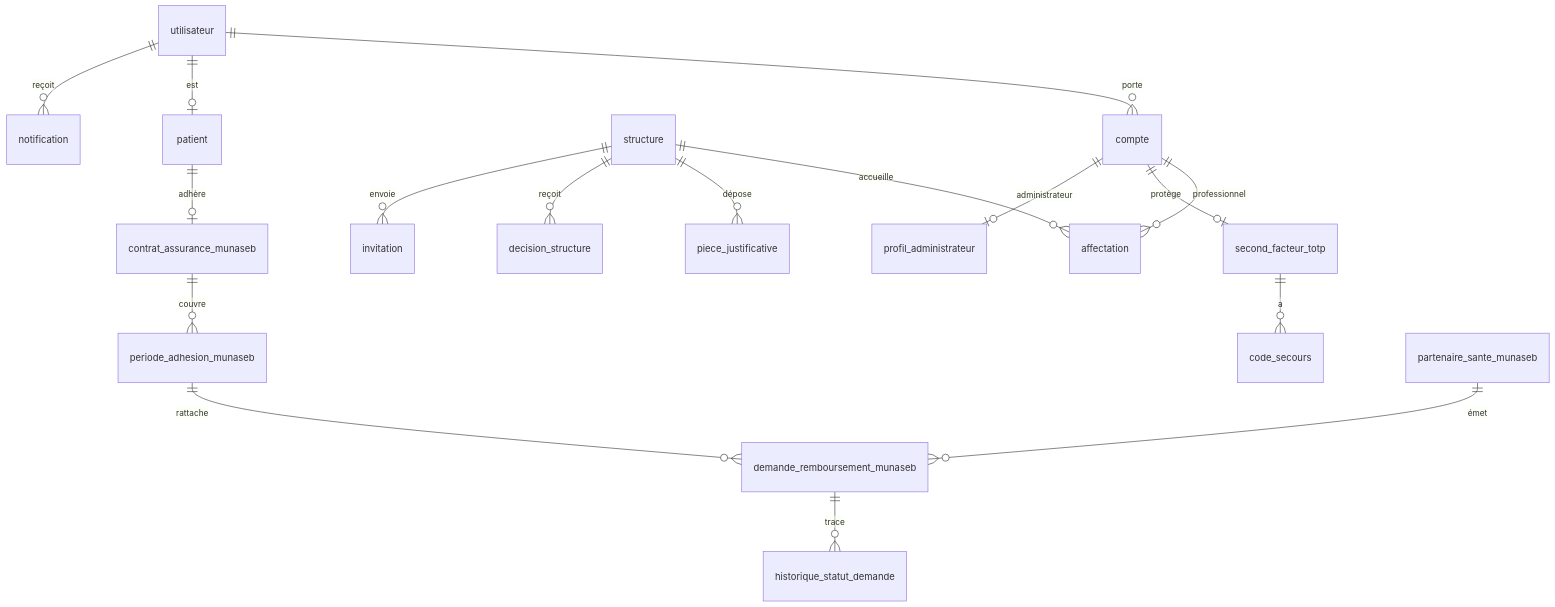
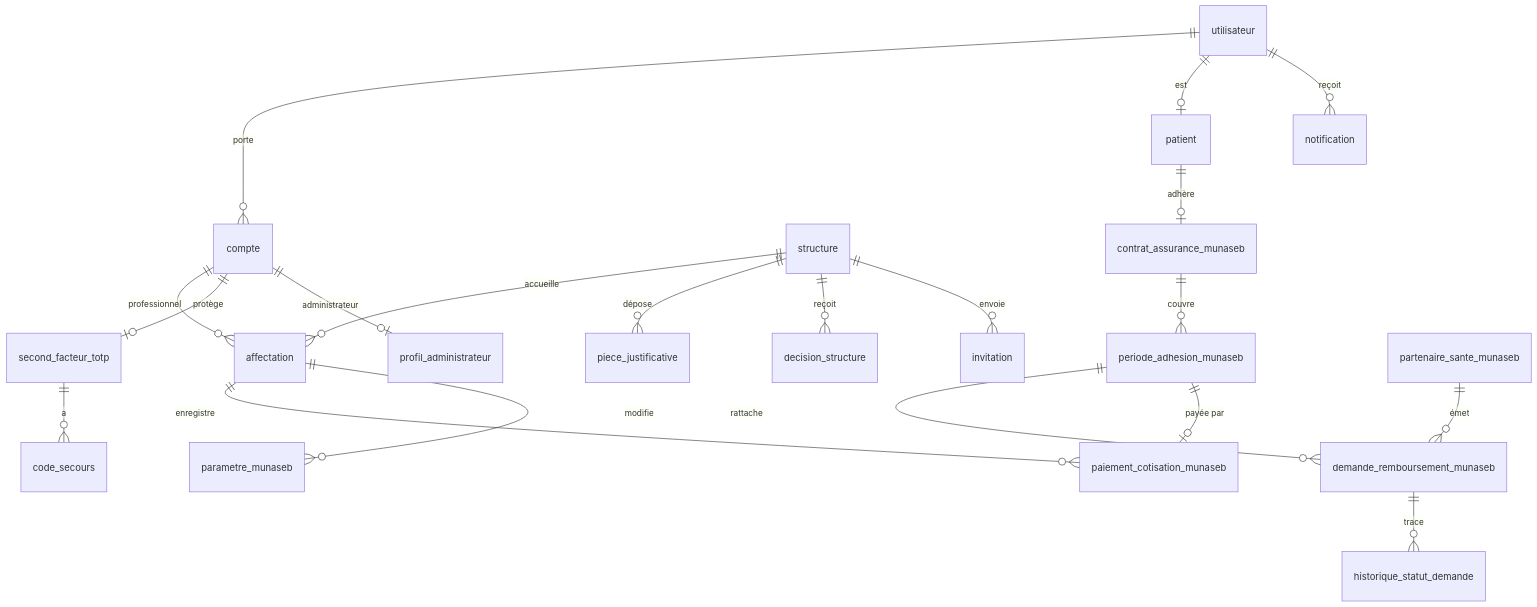
One commit to KABORE-c-elie/LaafiCare changed the first of 3 diagrams in docs/modele-donnees.md. Above: the diagram before and after it, drawn with Mermaid. The commit also changed other lines of this file and 5 other files, not shown here.

````diff
--- a/docs/modele-donnees.md
+++ b/docs/modele-donnees.md
@@ -20,19 +20,22 @@
 ```mermaid
 erDiagram
     utilisateur ||--o{ compte : "porte"
     utilisateur ||--o| patient : "est"
     compte ||--o{ affectation : "professionnel"
     structure ||--o{ affectation : "accueille"
     structure ||--o{ piece_justificative : "dépose"
     structure ||--o{ decision_structure : "reçoit"
     structure ||--o{ invitation : "envoie"
     compte ||--o| second_facteur_totp : "protège"
     second_facteur_totp ||--o{ code_secours : "a"
     compte ||--o| profil_administrateur : "administrateur"
     patient ||--o| contrat_assurance_munaseb : "adhère"
     contrat_assurance_munaseb ||--o{ periode_adhesion_munaseb : "couvre"
     periode_adhesion_munaseb ||--o{ demande_remboursement_munaseb : "rattache"
+    periode_adhesion_munaseb ||--o| paiement_cotisation_munaseb : "payée par"
+    affectation ||--o{ paiement_cotisation_munaseb : "enregistre"
+    affectation ||--o{ parametre_munaseb : "modifie"
     partenaire_sante_munaseb ||--o{ demande_remboursement_munaseb : "émet"
     demande_remboursement_munaseb ||--o{ historique_statut_demande : "trace"
     utilisateur ||--o{ notification : "reçoit"
 ```
````
